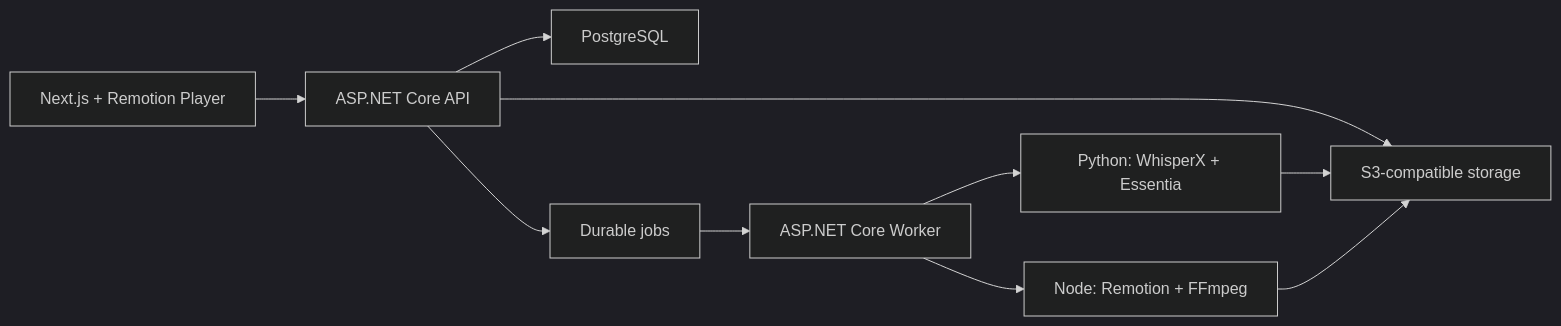
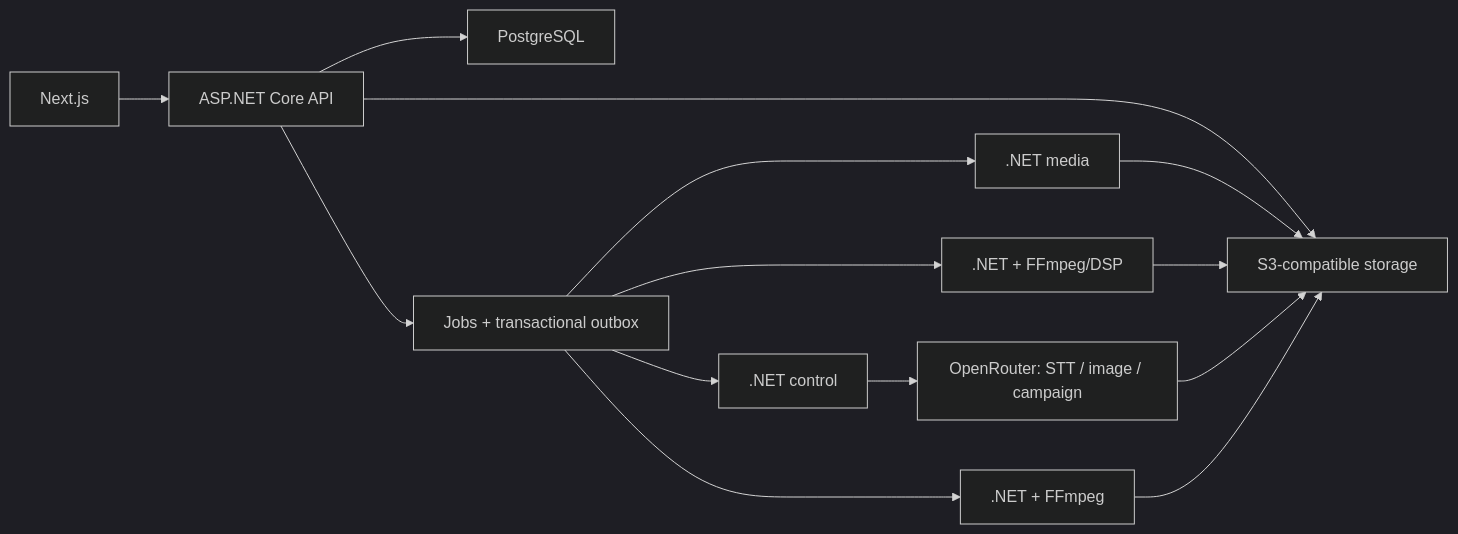
The diagram in doc/base/tech-stack.md (Tassadar2499/Hook2Stream), drawn with Mermaid (dark theme) before and after one commit. The commit also changed other lines of this file and 131 other files, not shown here.

````diff
--- a/doc/base/tech-stack.md
+++ b/doc/base/tech-stack.md
@@ -44,12 +51,16 @@
 ```mermaid
 flowchart LR
-    UI["Next.js + Remotion Player"] --> API["ASP.NET Core API"]
+    UI["Next.js"] --> API["ASP.NET Core API"]
     API --> DB["PostgreSQL"]
     API --> STORE["S3-compatible storage"]
-    API --> JOBS["Durable jobs"]
-    JOBS --> APP["ASP.NET Core Worker"]
-    APP --> ANALYSIS["Python: WhisperX + Essentia"]
-    APP --> RENDER["Node: Remotion + FFmpeg"]
+    API --> JOBS["Jobs + transactional outbox"]
+    JOBS --> CONTROL[".NET control"]
+    JOBS --> MEDIA[".NET media"]
+    JOBS --> ANALYSIS[".NET + FFmpeg/DSP"]
+    JOBS --> RENDER[".NET + FFmpeg"]
+    CONTROL --> OPENROUTER["OpenRouter: STT / image / campaign"]
+    MEDIA --> STORE
     ANALYSIS --> STORE
+    OPENROUTER --> STORE
     RENDER --> STORE
 ```
````
